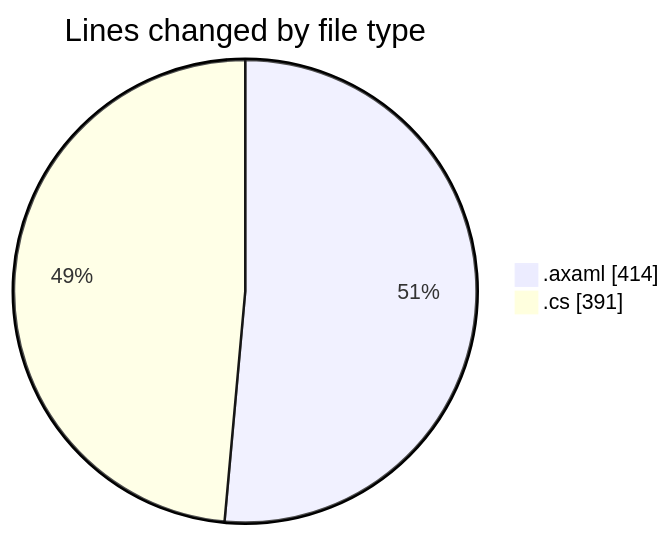
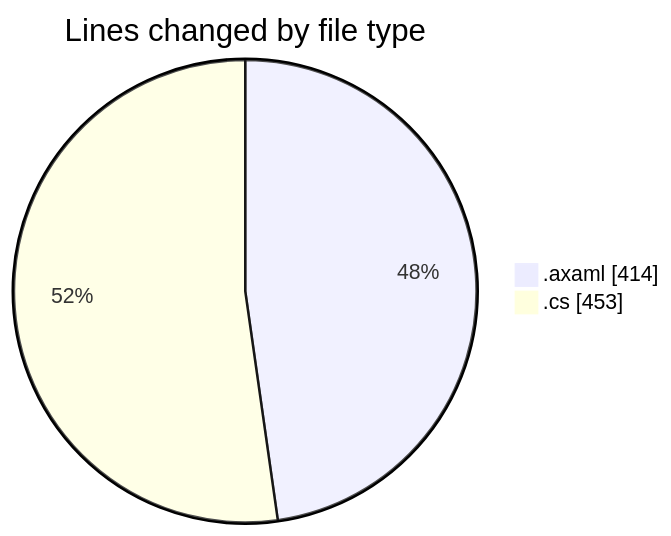
Before and after one commit to Netris89/code-tracking: the first of 2 diagrams in 2025-10-29/skintrack/README.md, drawn with Mermaid. The commit also changed other lines of this file and 1 other file, not shown here.

````diff
--- a/2025-10-29/skintrack/README.md
+++ b/2025-10-29/skintrack/README.md
@@ -37,6 +37,6 @@
 ```mermaid
 pie showData
 title Lines changed by file type
 ".axaml" : 414
-".cs" : 391
+".cs" : 453
 ```
````
